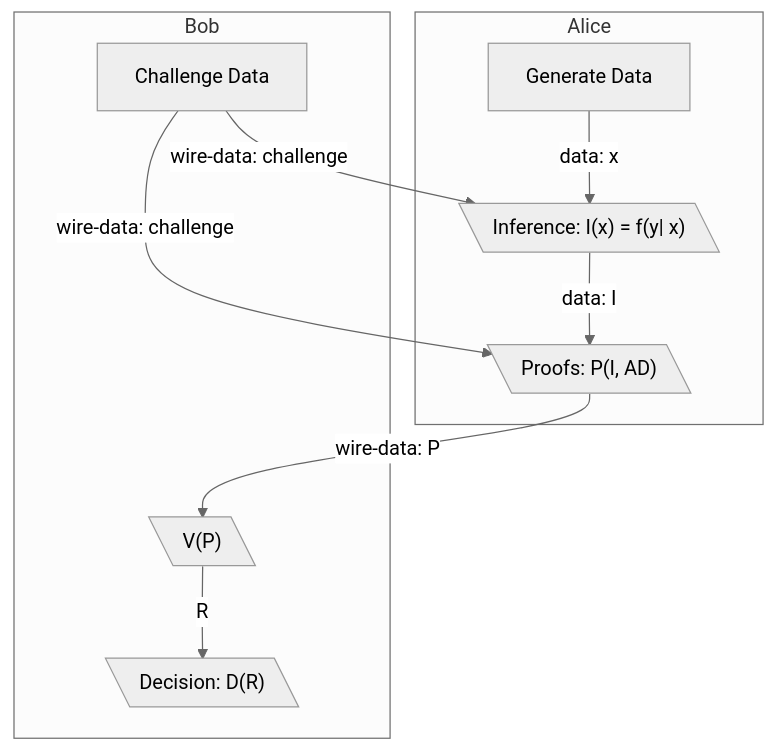
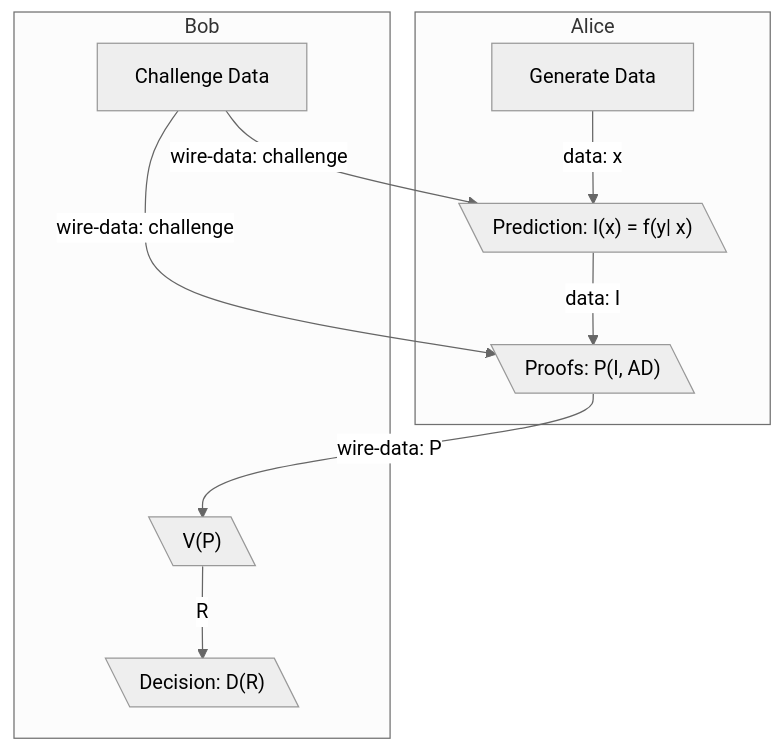
The fifth of 5 diagrams in zkips/ZKIP-001-Computing-Zero-Knowledge-Edge-Inferences.md (iamalwaysuncomfortable/zk-counterparty), drawn with Mermaid (neutral theme) before and after one commit. The commit also changed other lines of this file, not shown here.

````diff
--- a/zkips/ZKIP-001-Computing-Zero-Knowledge-Edge-Inferences.md
+++ b/zkips/ZKIP-001-Computing-Zero-Knowledge-Edge-Inferences.md
@@ -154,13 +151,13 @@
 ```mermaid
 flowchart TB
     subgraph Alice
-    A[Generate Data]-->|data: x|B[\"Inference: I(x) = f(y| x)"\]
+    A[Generate Data]-->|data: x|B[\"Prediction: I(x) = f(y| x)"\]
     B -->|data: I|C[\"Proofs: P(I, AD)"\]
     end
     subgraph Bob
     C -->|wire-data: P| D[\"V(P)"\]
     D -->|R|E[\"Decision: D(R)"\]
     G[Challenge Data] --> |wire-data: challenge|B
     G --> |wire-data: challenge|C
     end
 ```
````
